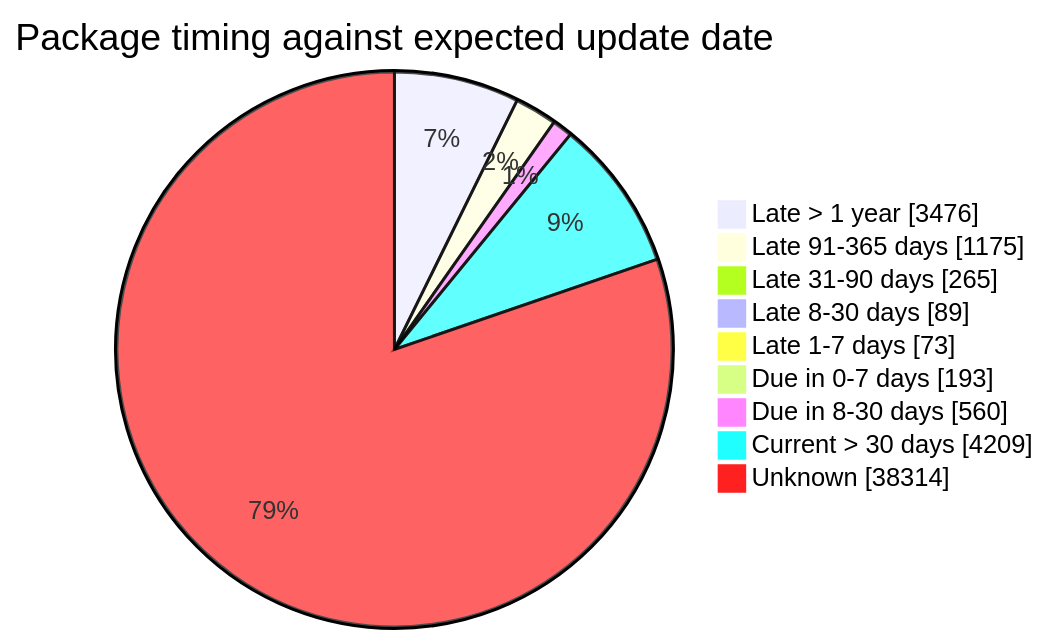
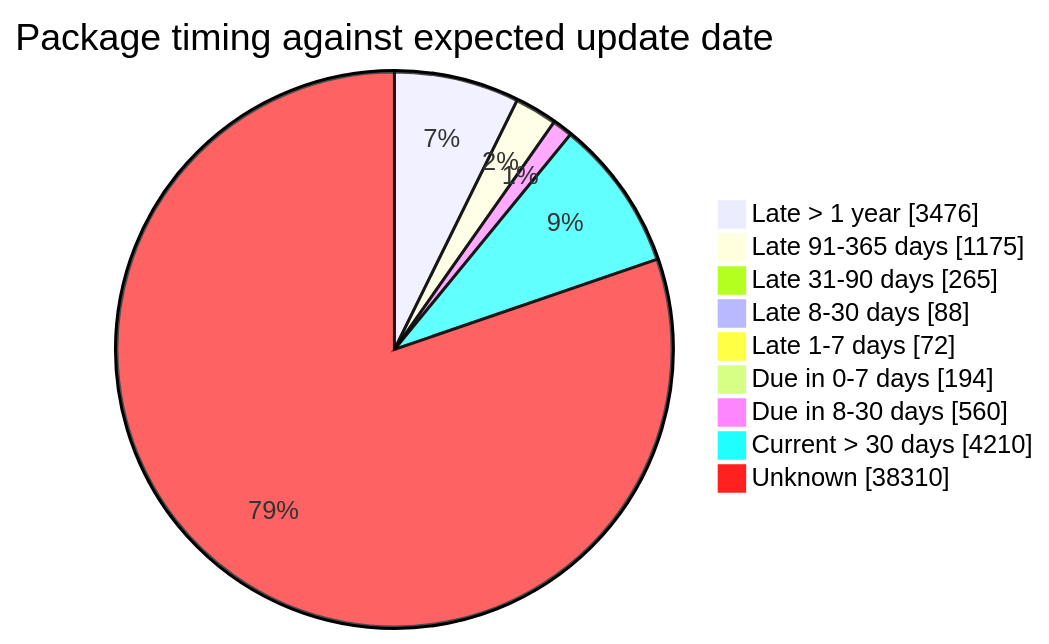
The fourth of 5 diagrams in FreshCheck/README.md (open-data/analytics-corporate-reporting), drawn with Mermaid before and after one commit. The commit also changed other lines of this file and 3 other files, not shown here.

````diff
--- a/FreshCheck/README.md
+++ b/FreshCheck/README.md
@@ -86,12 +86,12 @@
 ```mermaid
 pie showData title Package timing against expected update date
     "Late > 1 year": 3476
     "Late 91-365 days": 1175
     "Late 31-90 days": 265
-    "Late 8-30 days": 89
-    "Late 1-7 days": 73
-    "Due in 0-7 days": 193
+    "Late 8-30 days": 88
+    "Late 1-7 days": 72
+    "Due in 0-7 days": 194
     "Due in 8-30 days": 560
-    "Current > 30 days": 4209
-    "Unknown": 38314
+    "Current > 30 days": 4210
+    "Unknown": 38310
 ```
````
